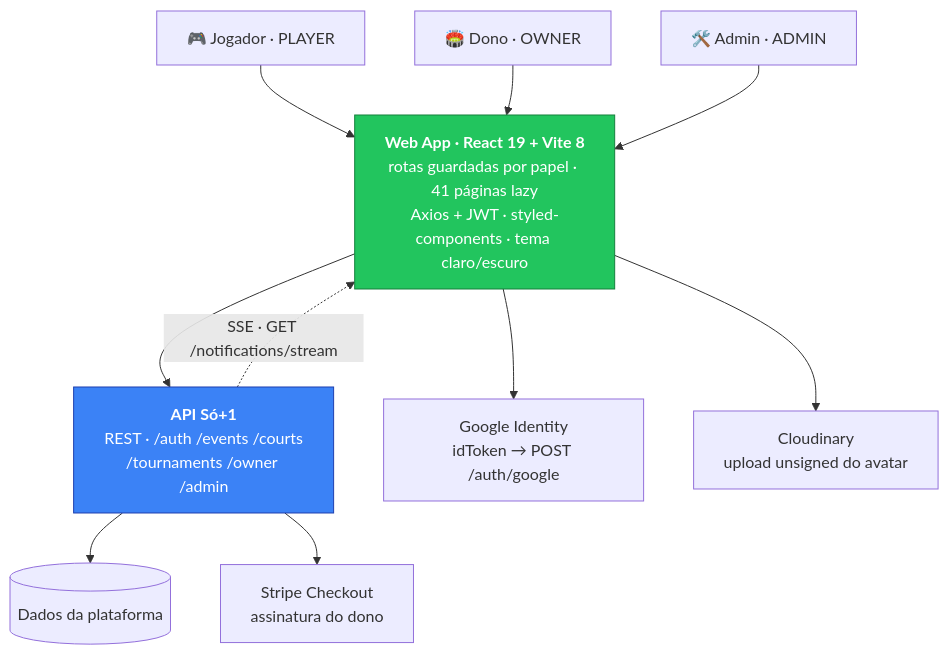
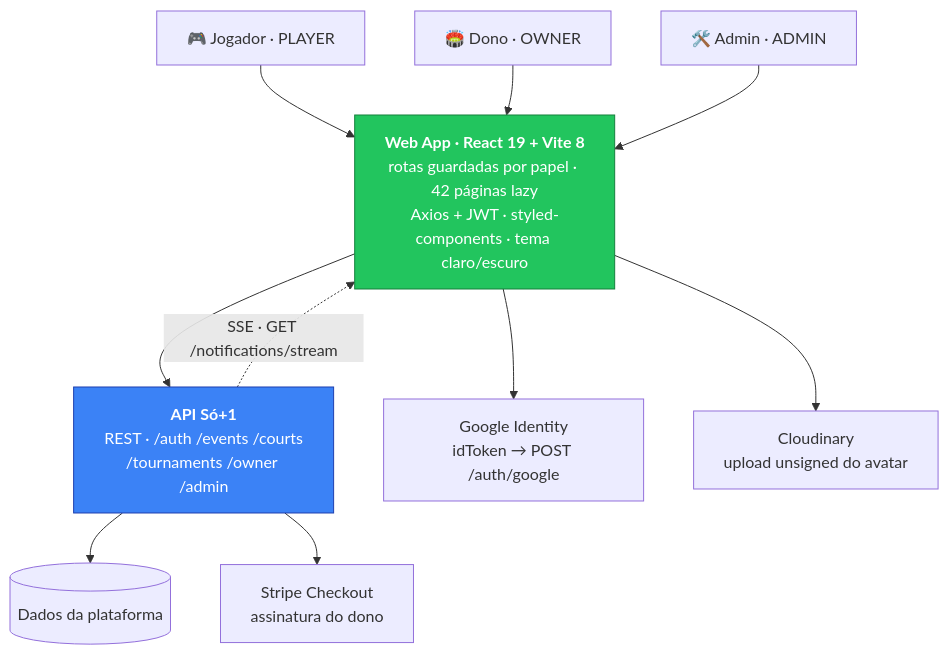
One commit to mateus-vitor-ferreira-dev/so-mais-um-web changed the diagram in README.md. Above: the diagram before and after it, drawn with Mermaid. The commit also changed other lines of this file and 15 other files, not shown here.

````diff
--- a/README.md
+++ b/README.md
@@ -61,20 +61,20 @@
 ```mermaid
 flowchart TB
     P["🎮 Jogador · PLAYER"] --> WEB
     O["🏟️ Dono · OWNER"] --> WEB
     A["🛠️ Admin · ADMIN"] --> WEB
 
-    WEB["<b>Web App · React 19 + Vite 8</b><br/>rotas guardadas por papel · 41 páginas lazy<br/>Axios + JWT · styled-components · tema claro/escuro"]
+    WEB["<b>Web App · React 19 + Vite 8</b><br/>rotas guardadas por papel · 42 páginas lazy<br/>Axios + JWT · styled-components · tema claro/escuro"]
 
     WEB --> API["<b>API Só+1</b><br/>REST · /auth /events /courts<br/>/tournaments /owner /admin"]
     WEB --> G["Google Identity<br/>idToken → POST /auth/google"]
     WEB --> CL["Cloudinary<br/>upload unsigned do avatar"]
 
     API --> DB[("Dados da plataforma")]
     API --> ST["Stripe Checkout<br/>assinatura do dono"]
 
     API -. "SSE · GET /notifications/stream" .-> WEB
 
     style WEB fill:#22C55E,stroke:#15803d,color:#fff
     style API fill:#3B82F6,stroke:#1e40af,color:#fff
 ```
````
